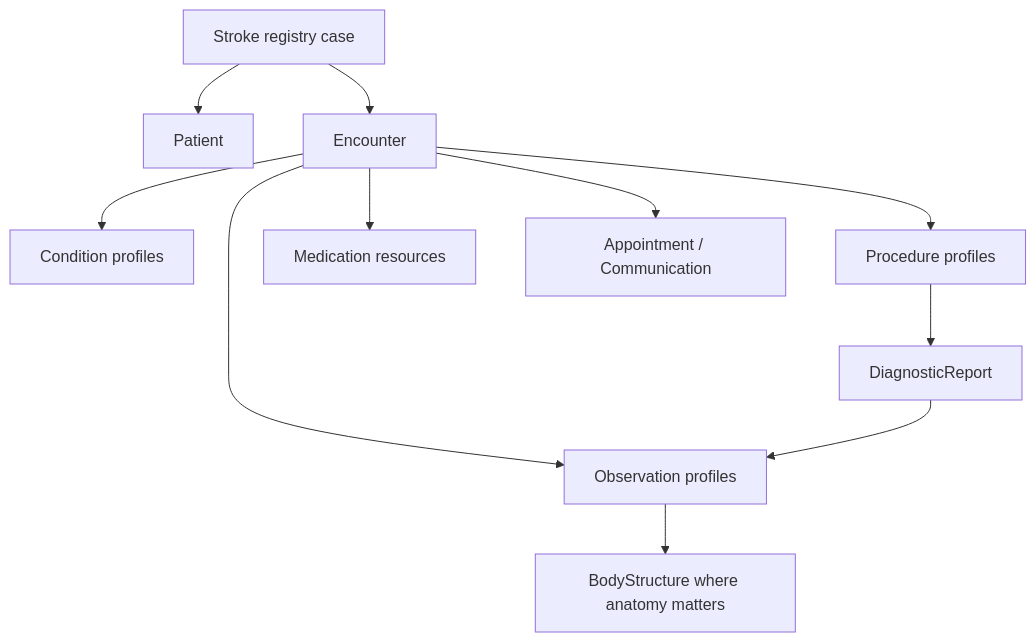
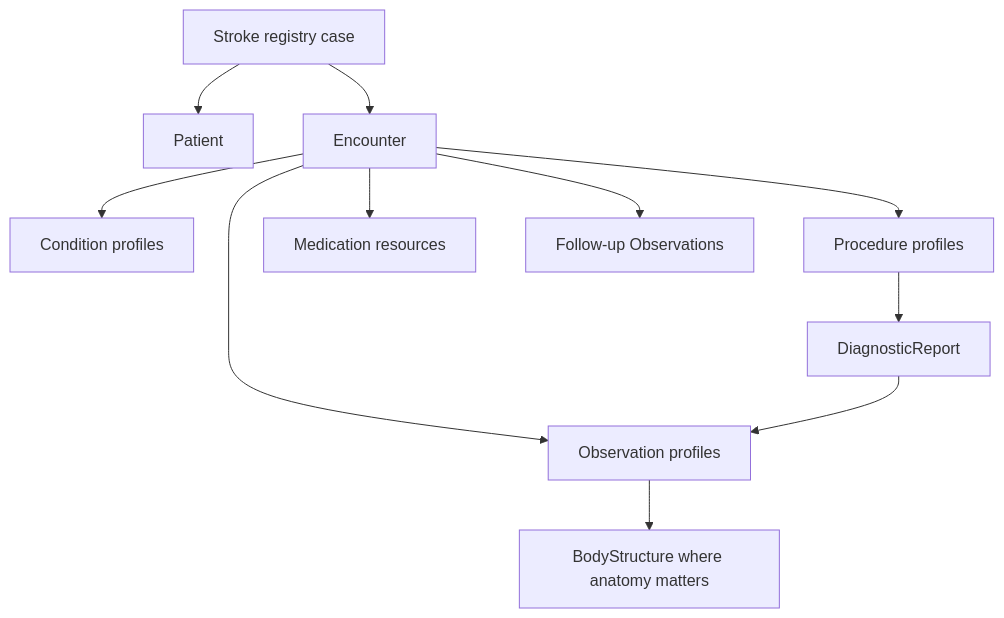
The diagram in input/pagecontent/resource-map.md (quality-registry/ri-fhir-implementation-guide), drawn with Mermaid before and after one commit. The commit also changed other lines of this file and 43 other files, not shown here.

````diff
--- a/input/pagecontent/resource-map.md
+++ b/input/pagecontent/resource-map.md
@@ -27,13 +25,13 @@
 ```mermaid
 flowchart TD
   Case["Stroke registry case"] --> Patient["Patient"]
   Case --> Encounter["Encounter"]
   Encounter --> Conditions["Condition profiles"]
   Encounter --> Observations["Observation profiles"]
   Encounter --> Procedures["Procedure profiles"]
   Encounter --> Medications["Medication resources"]
   Procedures --> Reports["DiagnosticReport"]
   Reports --> Observations
   Observations --> BodyStructure["BodyStructure where anatomy matters"]
-  Encounter --> FollowUp["Appointment / Communication"]
+  Encounter --> FollowUp["Follow-up Observations"]
 ```
````
